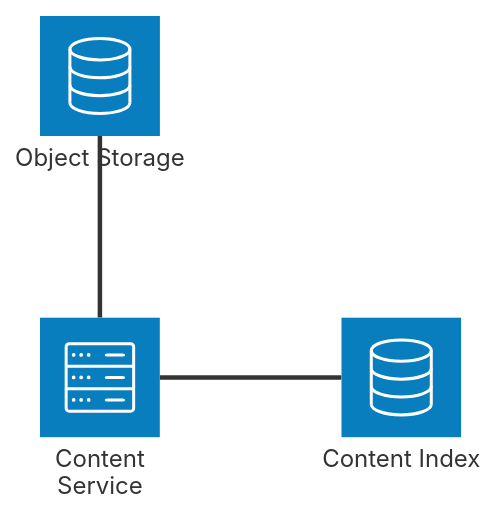
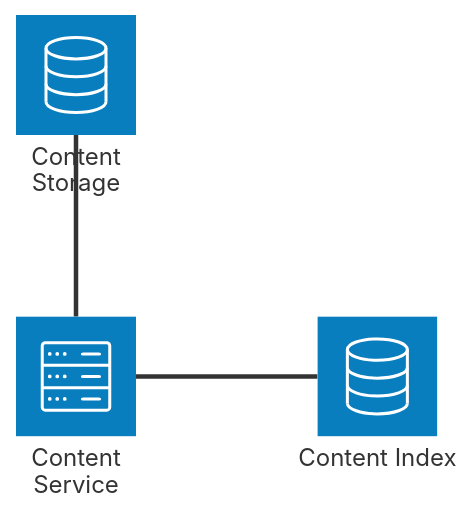
Before and after one commit to z5labs/griot: the diagram in docs/content/design/content_service/_index.md, drawn with Mermaid. The commit also changed other lines of this file, not shown here.

Commit message:
docs(issue-27): define content id

````diff
--- a/docs/content/design/content_service/_index.md
+++ b/docs/content/design/content_service/_index.md
@@ -12,9 +12,9 @@
 ```mermaid
 architecture-beta
     service content(server)[Content Service]
     service index(database)[Content Index]
-    service objects(database)[Object Storage]
+    service objects(database)[Content Storage]
 
     content:R -- L:index
     content:T -- B:objects
 ```
````
